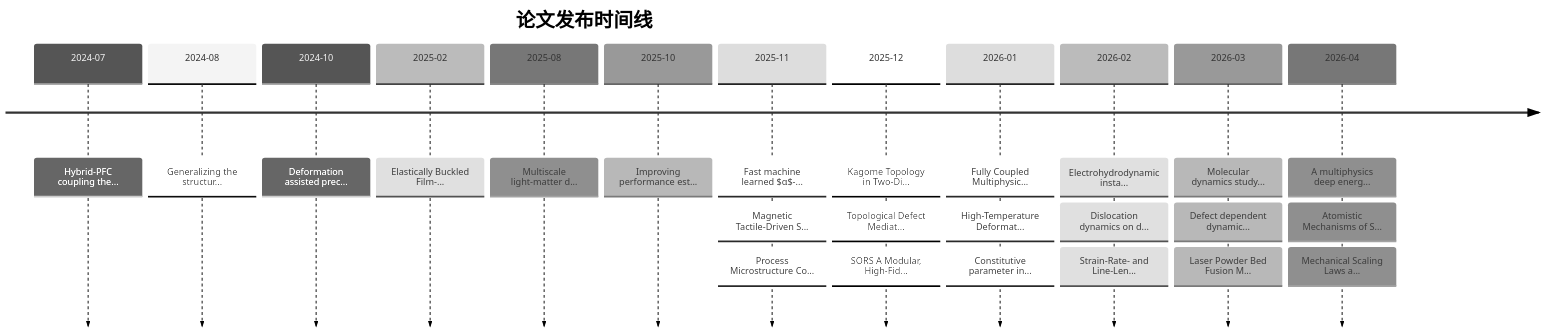
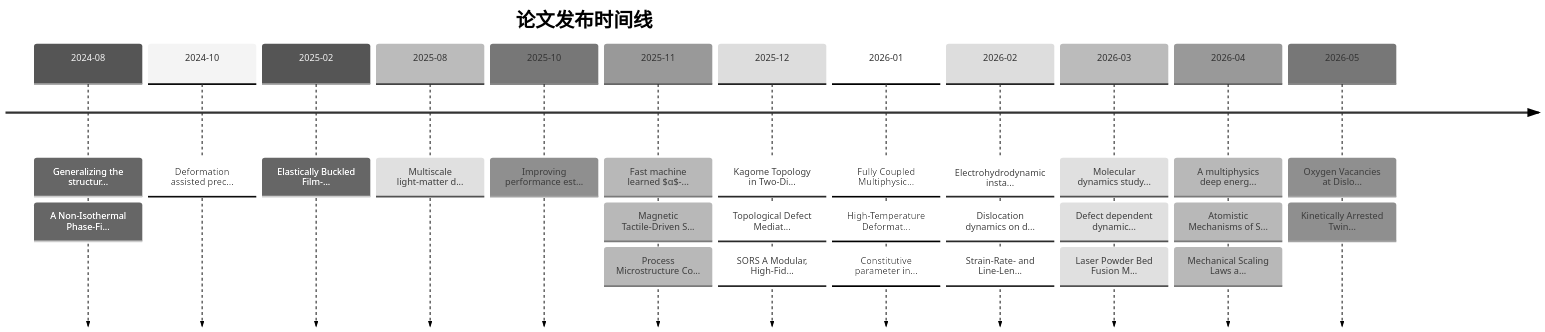
The second of 2 diagrams in reports/knowledge_graph.md (Shirakawa11111/BJK_readpaper), drawn with Mermaid (neutral theme) before and after one commit. The commit also changed other lines of this file and 11 other files, not shown here.

````diff
--- a/reports/knowledge_graph.md
+++ b/reports/knowledge_graph.md
@@ -119,16 +119,16 @@
 ```mermaid
 timeline
     title 论文发布时间线
-    2024-07 : Hybrid-PFC coupling the...
-    2024-08 : Generalizing the structur...
+    2024-08 : Generalizing the structur... : A Non-Isothermal Phase-Fi...
     2024-10 : Deformation assisted prec...
     2025-02 : Elastically Buckled Film-...
     2025-08 : Multiscale light-matter d...
     2025-10 : Improving performance est...
     2025-11 : Fast machine learned $α$-... : Magnetic Tactile-Driven S... : Process Microstructure Co...
     2025-12 : Kagome Topology in Two-Di... : Topological Defect Mediat... : SORS A Modular, High-Fid...
     2026-01 : Fully Coupled Multiphysic... : High-Temperature Deformat... : Constitutive parameter in...
     2026-02 : Electrohydrodynamic insta... : Dislocation dynamics on d... : Strain-Rate- and Line-Len...
     2026-03 : Molecular dynamics study... : Defect dependent dynamic... : Laser Powder Bed Fusion M...
     2026-04 : A multiphysics deep energ... : Atomistic Mechanisms of S... : Mechanical Scaling Laws a...
+    2026-05 : Oxygen Vacancies at Dislo... : Kinetically Arrested Twin...
 ```
````
